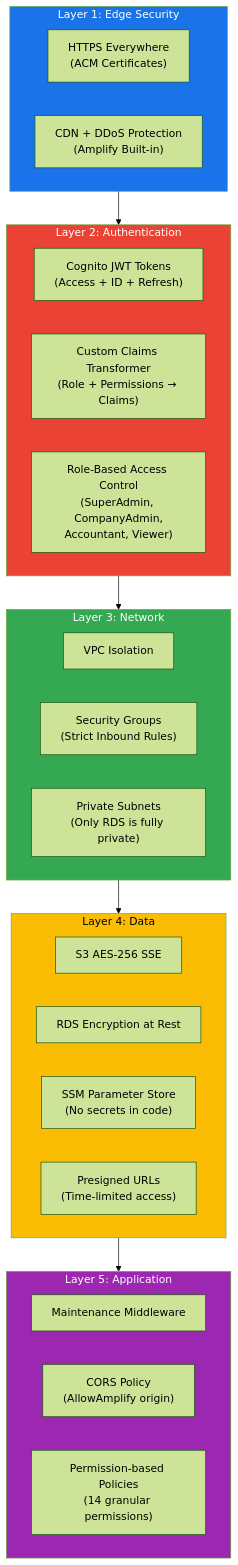
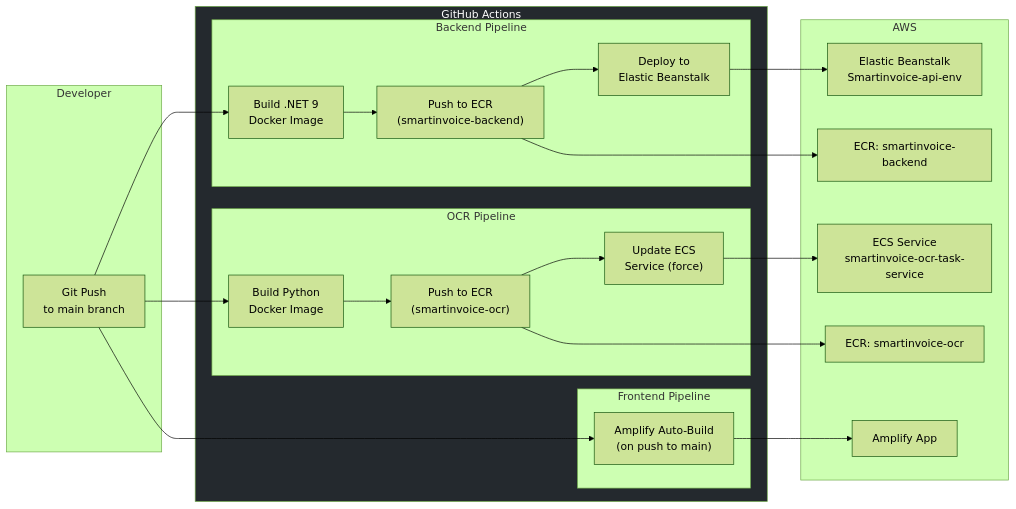
One commit to tuankiet18-dev/SMARTINVOICE-SHIELD changed the tenth of 10 diagrams in docs/AWS_ARCHITECTURE_FINAL.md. Above: the diagram before and after it, drawn with Mermaid (forest theme). The commit also changed other lines of this file and 8 other files, not shown here.

Commit message:
docs: add AWS architecture, deployment guide, and SRS documentation while updating gitignore

````diff
--- a/docs/AWS_ARCHITECTURE_FINAL.md
+++ b/docs/AWS_ARCHITECTURE_FINAL.md
@@ -390,40 +633,39 @@
 ```mermaid
-graph TB
-    subgraph L1["Layer 1: Edge Security"]
-        HTTPS["HTTPS Everywhere<br/>(ACM Certificates)"]
-        CDN["CDN + DDoS Protection<br/>(Amplify Built-in)"]
+graph LR
+    subgraph DEV["Developer"]
+        GIT["Git Push<br/>to main branch"]
     end
 
-    subgraph L2["Layer 2: Authentication"]
-        JWT["Cognito JWT Tokens<br/>(Access + ID + Refresh)"]
-        CLAIMS["Custom Claims Transformer<br/>(Role + Permissions → Claims)"]
-        RBAC["Role-Based Access Control<br/>(SuperAdmin, CompanyAdmin,<br/>Accountant, Viewer)"]
+    subgraph GITHUB["GitHub Actions"]
+        subgraph BACKEND_CI["Backend Pipeline"]
+            B1["Build .NET 9<br/>Docker Image"]
+            B2["Push to ECR<br/>(smartinvoice-backend)"]
+            B3["Deploy to<br/>Elastic Beanstalk"]
+        end
+        subgraph OCR_CI["OCR Pipeline"]
+            O1["Build Python<br/>Docker Image"]
+            O2["Push to ECR<br/>(smartinvoice-ocr)"]
+            O3["Update ECS<br/>Service (force)"]
+        end
+        subgraph FE_CI["Frontend Pipeline"]
+            F1["Amplify Auto-Build<br/>(on push to main)"]
+        end
     end
 
-    subgraph L3["Layer 3: Network"]
-        VPC_L["VPC Isolation"]
-        SG["Security Groups<br/>(Strict Inbound Rules)"]
-        PRIV["Private Subnets<br/>(Only RDS is fully private)"]
+    subgraph AWS_TARGET["AWS"]
+        ECR_BE["ECR: smartinvoice-backend"]
+        ECR_OCR["ECR: smartinvoice-ocr"]
+        EB_ENV["Elastic Beanstalk<br/>Smartinvoice-api-env"]
+        ECS_SVC["ECS Service<br/>smartinvoice-ocr-task-service"]
+        AMP["Amplify App"]
     end
 
-    subgraph L4["Layer 4: Data"]
-        S3_ENC["S3 AES-256 SSE"]
-        RDS_ENC["RDS Encryption at Rest"]
-        SSM_L["SSM Parameter Store<br/>(No secrets in code)"]
-        PRESIGN["Presigned URLs<br/>(Time-limited access)"]
-    end
+    GIT --> B1 & O1 & F1
+    B1 --> B2 --> B3 --> EB_ENV
+    O1 --> O2 --> O3 --> ECS_SVC
+    F1 --> AMP
+    B2 --> ECR_BE
+    O2 --> ECR_OCR
 
-    subgraph L5["Layer 5: Application"]
-        MAINT["Maintenance Middleware"]
-        CORS_L["CORS Policy<br/>(AllowAmplify origin)"]
-        PERM["Permission-based Policies<br/>(14 granular permissions)"]
-    end
-
-    L1 --> L2 --> L3 --> L4 --> L5
-
-    style L1 fill:#1a73e8,color:white
-    style L2 fill:#ea4335,color:white
-    style L3 fill:#34a853,color:white
-    style L4 fill:#fbbc04,color:black
-    style L5 fill:#9c27b0,color:white
+    style GITHUB fill:#24292e,color:white
 ```
````
